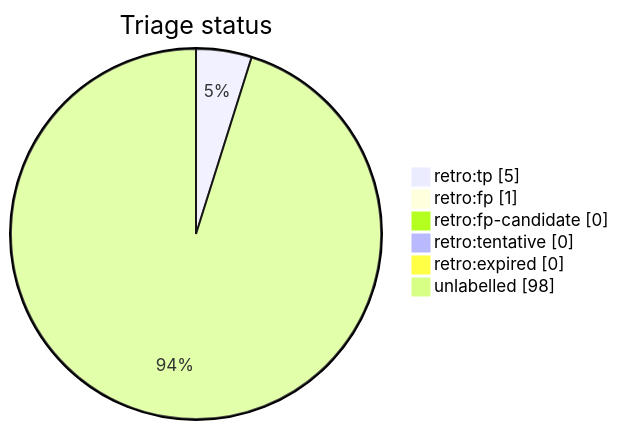
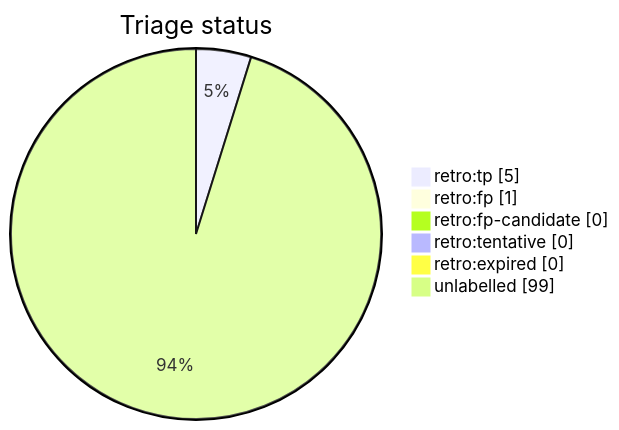
The diagram in docs/generated/scripts/auto-retro-triage-report.md (tvna/claude-md), drawn with Mermaid before and after one commit. The commit also changed other lines of this file, not shown here.

````diff
--- a/docs/generated/scripts/auto-retro-triage-report.md
+++ b/docs/generated/scripts/auto-retro-triage-report.md
@@ -20,10 +20,10 @@
 ```mermaid
 pie showData
     title Triage status
     "retro:tp" : 5
     "retro:fp" : 1
     "retro:fp-candidate" : 0
     "retro:tentative" : 0
     "retro:expired" : 0
-    "unlabelled" : 98
+    "unlabelled" : 99
 ```
````
